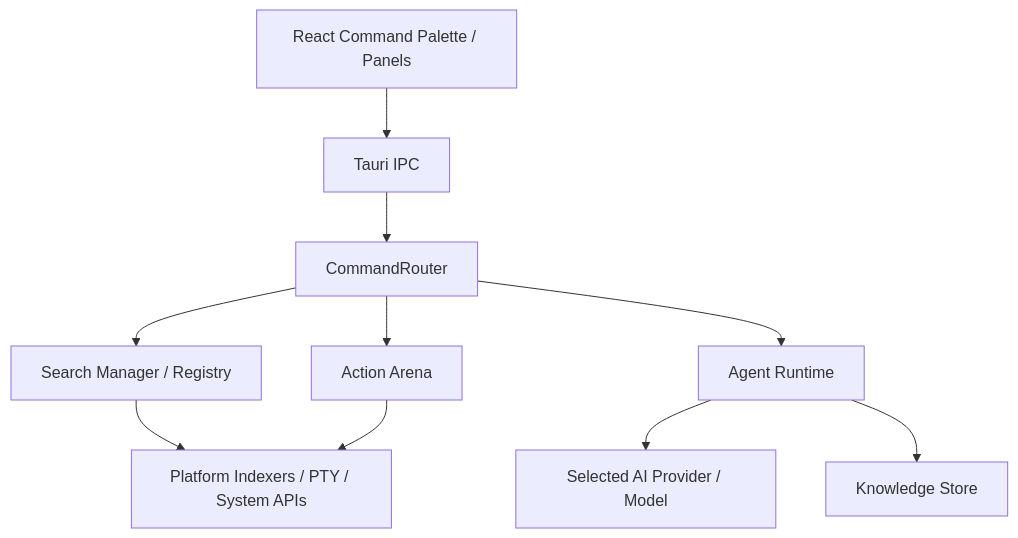
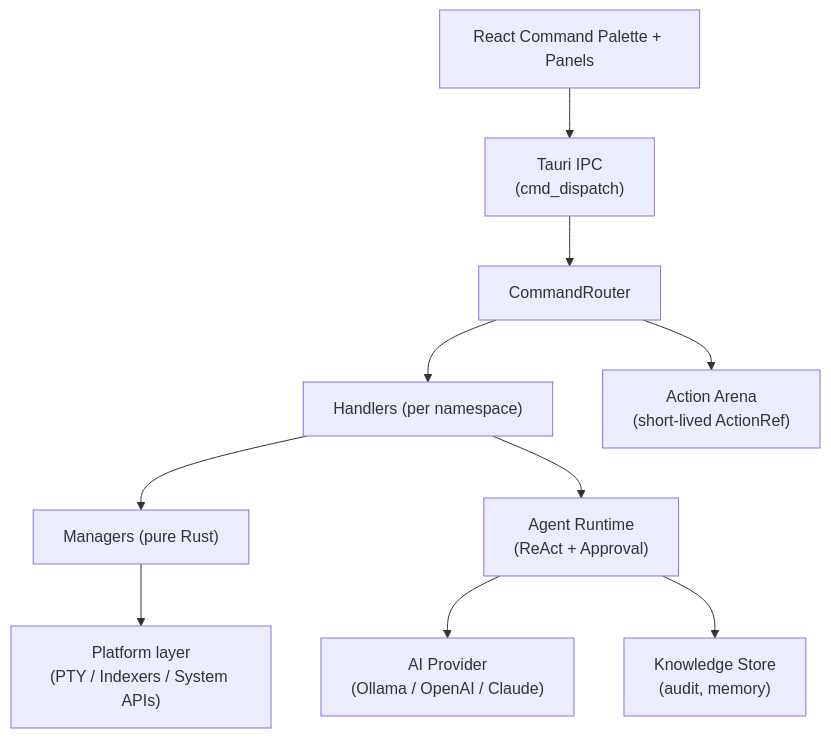
The diagram in README.md (aionyx02/keynova), drawn with Mermaid before and after one commit. The commit also changed other lines of this file and 8 other files, not shown here.

````diff
--- a/README.md
+++ b/README.md
@@ -124,22 +137,12 @@
 ```mermaid
 graph TD
-    UI["React Command Palette / Panels"]
-    IPC["Tauri IPC"]
-    Router["CommandRouter"]
-    Actions["Action Arena"]
-    Search["Search Manager / Registry"]
-    Agent["Agent Runtime"]
-    AI["Selected AI Provider / Model"]
-    Store["Knowledge Store"]
-    Platform["Platform Indexers / PTY / System APIs"]
-
-    UI --> IPC
-    IPC --> Router
-    Router --> Actions
-    Router --> Search
-    Router --> Agent
-    Agent --> AI
-    Agent --> Store
-    Search --> Platform
-    Actions --> Platform
+    UI["React Command Palette + Panels"] --> IPC["Tauri IPC<br/>(cmd_dispatch)"]
+    IPC --> Router["CommandRouter"]
+    Router --> Handlers["Handlers (per namespace)"]
+    Router --> Arena["Action Arena<br/>(short-lived ActionRef)"]
+    Handlers --> Managers["Managers (pure Rust)"]
+    Handlers --> Agent["Agent Runtime<br/>(ReAct + Approval)"]
+    Agent --> AI["AI Provider<br/>(Ollama / OpenAI / Claude)"]
+    Agent --> Knowledge["Knowledge Store<br/>(audit, memory)"]
+    Managers --> Platform["Platform layer<br/>(PTY / Indexers / System APIs)"]
 ```
````
